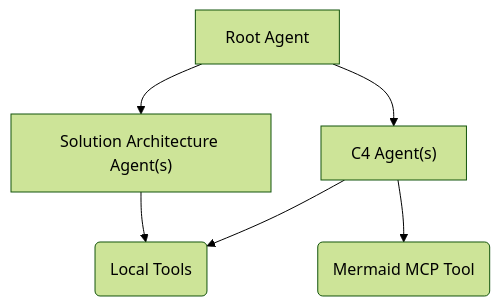
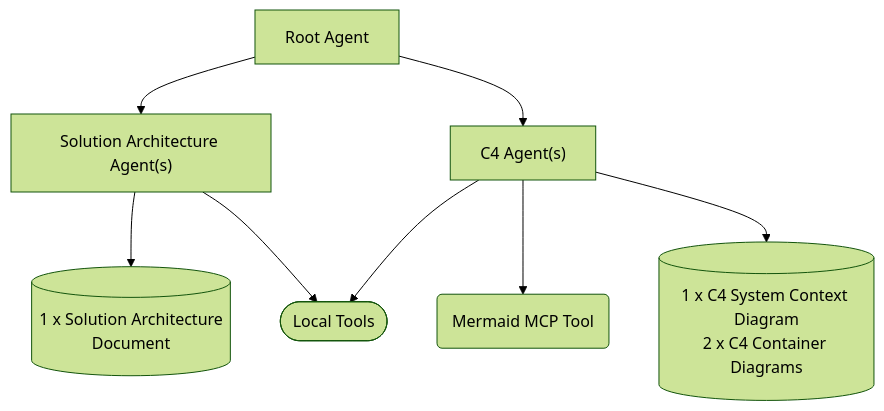
One commit to choonchernlim/keep-my-job-app changed the diagram in README.md. Above: the diagram before and after it, drawn with Mermaid (forest theme). The commit also changed other lines of this file, not shown here.

Commit message:
Remove unnecessary video link from README.md

````diff
--- a/README.md
+++ b/README.md
@@ -16,8 +20,12 @@
 ```mermaid
-graph TD;
-    RA[Root Agent]-->SA["Solution Architecture Agent(s)"];
-    RA[Root Agent]-->C4["C4 Agent(s)"];
-    SA-->LT([Local Tools]);
-    C4-->LT(Local Tools);
-    C4-->MCPT(Mermaid MCP Tool);
+graph TD
+;
+    RA[Root Agent] --> SA["Solution Architecture Agent(s)"];
+    RA --> C4["C4 Agent(s)"];
+    SA --> MK[(1 x Solution Architecture\nDocument)]
+    SA --> LT([Local Tools])
+    C4 --> LT
+    C4 --> MCPT(Mermaid MCP Tool);
+    C4 --> C4D[(1 x C4 System Context Diagram\n2 x C4 Container Diagrams)]
+
 ```
````
